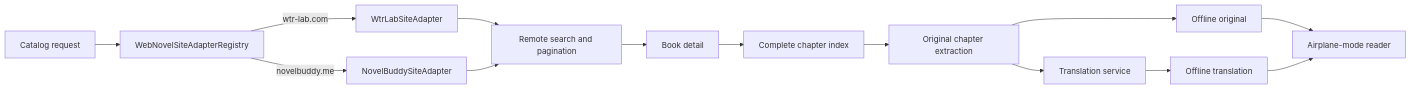
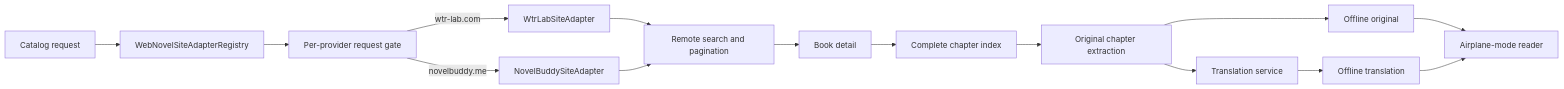
One commit to gongdongho12/PageTuner changed the first of 2 diagrams in docs/WEB_NOVEL_TEST_REPORT.md. Above: the diagram before and after it, drawn with Mermaid. The commit also changed other lines of this file and 56 other files, not shown here.

Commit message:
feat: add offline translation flow and resilient paging

````diff
--- a/docs/WEB_NOVEL_TEST_REPORT.md
+++ b/docs/WEB_NOVEL_TEST_REPORT.md
@@ -10,16 +10,17 @@
 ```mermaid
 flowchart LR
     A["Catalog request"] --> B["WebNovelSiteAdapterRegistry"]
-    B -->|"wtr-lab.com"| C["WtrLabSiteAdapter"]
-    B -->|"novelbuddy.me"| D["NovelBuddySiteAdapter"]
+    B --> R["Per-provider request gate"]
+    R -->|"wtr-lab.com"| C["WtrLabSiteAdapter"]
+    R -->|"novelbuddy.me"| D["NovelBuddySiteAdapter"]
     C --> E["Remote search and pagination"]
     D --> E
     E --> F["Book detail"]
     F --> G["Complete chapter index"]
     G --> H["Original chapter extraction"]
     H --> I["Translation service"]
     H --> J["Offline original"]
     I --> K["Offline translation"]
     J --> L["Airplane-mode reader"]
     K --> L
 ```
````
